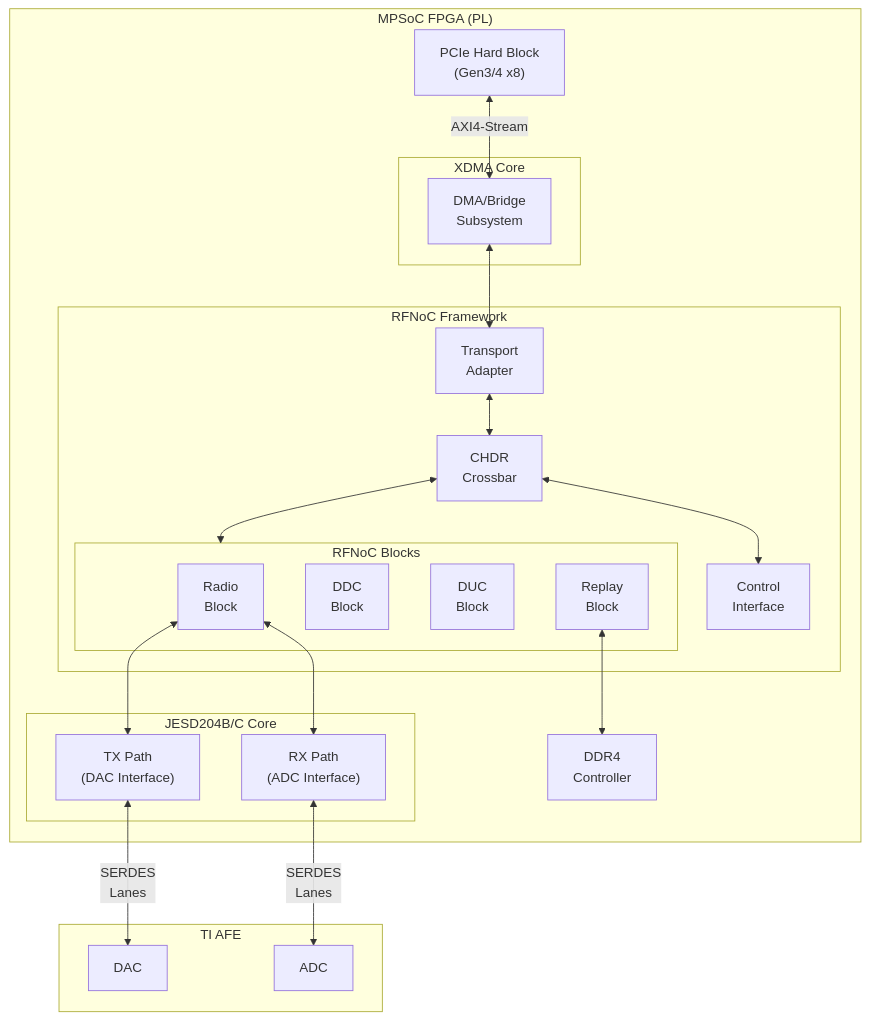
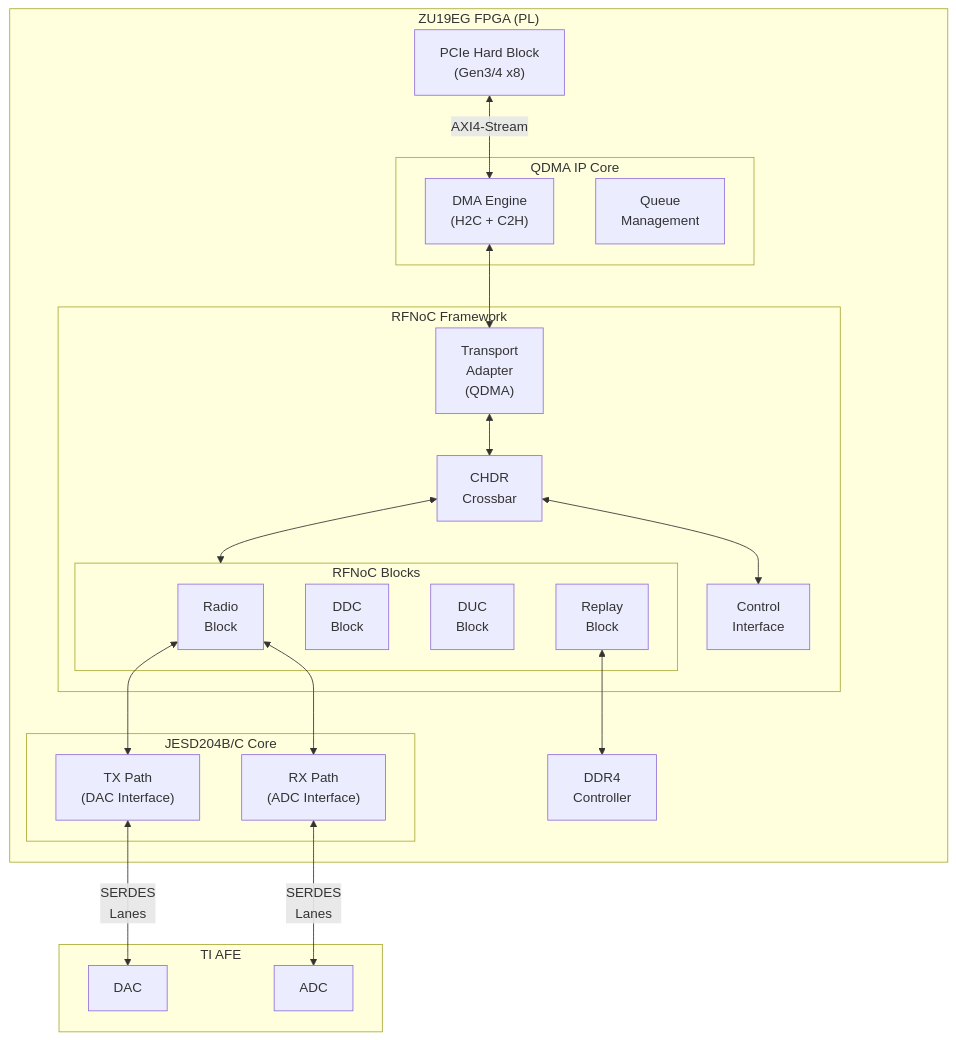
Before and after one commit to EttusResearch/uhd: the tenth of 19 diagrams in docs/sdr_board_project_plan.md, drawn with Mermaid. The commit also changed other lines of this file, not shown here.

First line of the commit message:
docs: Update SDR board plan with QDMA, ZU19EG, and revised schedule

````diff
--- a/docs/sdr_board_project_plan.md
+++ b/docs/sdr_board_project_plan.md
@@ -336,48 +466,49 @@
 ```mermaid
 flowchart TB
-    subgraph PL["MPSoC FPGA (PL)"]
+    subgraph PL["ZU19EG FPGA (PL)"]
         PCIE_HARD["PCIe Hard Block<br/>(Gen3/4 x8)"]
 
-        subgraph XDMA["XDMA Core"]
-            DMA_ENGINE["DMA/Bridge<br/>Subsystem"]
+        subgraph QDMA["QDMA IP Core"]
+            DMA_ENGINE["DMA Engine<br/>(H2C + C2H)"]
+            QUEUE_MGMT["Queue<br/>Management"]
         end
 
         subgraph RFNOC["RFNoC Framework"]
-            TRANSPORT["Transport<br/>Adapter"]
+            TRANSPORT["Transport<br/>Adapter<br/>(QDMA)"]
             CHDR["CHDR<br/>Crossbar"]
             CTRL["Control<br/>Interface"]
 
             subgraph BLOCKS["RFNoC Blocks"]
                 RADIO["Radio<br/>Block"]
                 DDC["DDC<br/>Block"]
                 DUC["DUC<br/>Block"]
                 REPLAY["Replay<br/>Block"]
             end
         end
 
         subgraph JESD["JESD204B/C Core"]
             TX_PATH["TX Path<br/>(DAC Interface)"]
             RX_PATH["RX Path<br/>(ADC Interface)"]
         end
 
         DDR4_CTRL["DDR4<br/>Controller"]
     end
 
     subgraph AFE["TI AFE"]
         DAC_IF["DAC"]
         ADC_IF["ADC"]
     end
 
     PCIE_HARD <-->|"AXI4-Stream"| DMA_ENGINE
     DMA_ENGINE <--> TRANSPORT
     TRANSPORT <--> CHDR
     CHDR <--> CTRL
     CHDR <--> BLOCKS
 
     RADIO <--> TX_PATH
     RADIO <--> RX_PATH
     REPLAY <--> DDR4_CTRL
 
     TX_PATH <-->|"SERDES<br/>Lanes"| DAC_IF
     RX_PATH <-->|"SERDES<br/>Lanes"| ADC_IF
 ```
````
